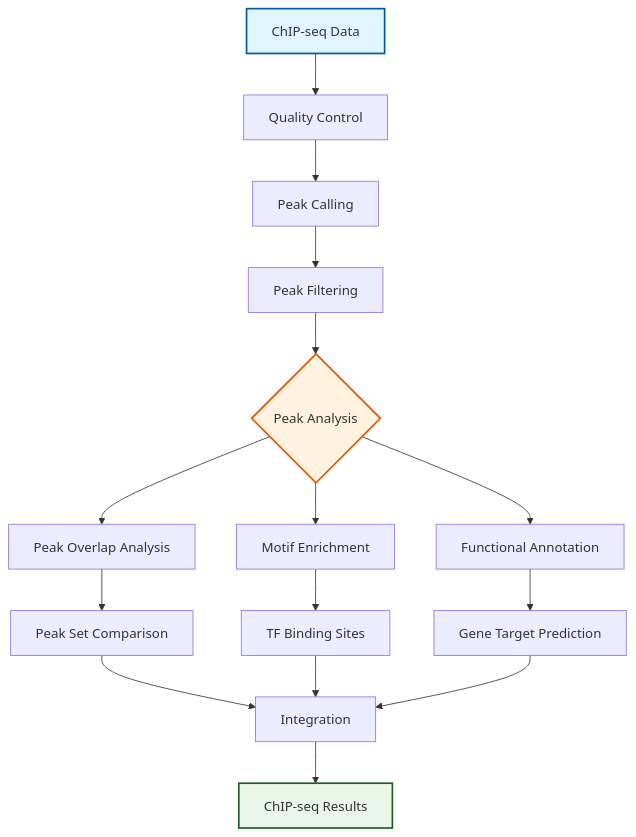
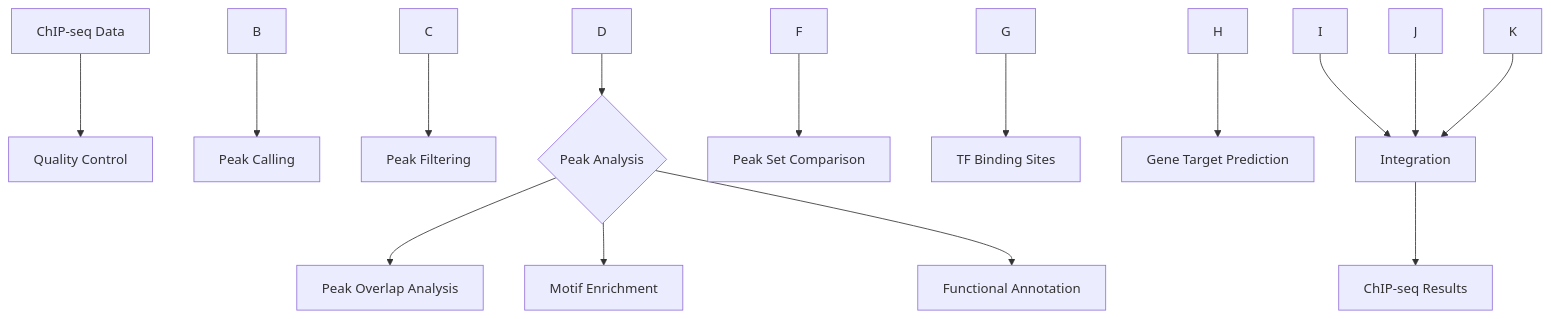
The fourth of 4 diagrams in src/metainformant/epigenome/README.md (docxology/MetaInformAnt), drawn with Mermaid before and after one commit. The commit also changed other lines of this file and 611 other files, not shown here.

````diff
--- a/src/metainformant/epigenome/README.md
+++ b/src/metainformant/epigenome/README.md
@@ -136,25 +130,22 @@
 ```mermaid
 graph TD
-    A[ChIP-seq Data] --> B[Quality Control]
-    B --> C[Peak Calling]
-    C --> D[Peak Filtering]
+    Achip-seqData[ChIP-seq Data] --> BqualityControl[Quality Control]
+    B --> CpeakCalling[Peak Calling]
+    C --> DpeakFiltering[Peak Filtering]
 
     D --> E{Peak Analysis}
-    E --> F[Peak Overlap Analysis]
-    E --> G[Motif Enrichment]
-    E --> H[Functional Annotation]
+    E --> FpeakOverlapAnalysis[Peak Overlap Analysis]
+    E --> GmotifEnrichment[Motif Enrichment]
+    E --> HfunctionalAnnotation[Functional Annotation]
 
-    F --> I[Peak Set Comparison]
-    G --> J[TF Binding Sites]
-    H --> K[Gene Target Prediction]
+    F --> IpeakSetComparison[Peak Set Comparison]
+    G --> JtfBindingSites[TF Binding Sites]
+    H --> KgeneTargetPrediction[Gene Target Prediction]
 
     I --> L[Integration]
     J --> L
     K --> L
 
-    L --> M[ChIP-seq Results]
+    L --> Mchip-seqResults[ChIP-seq Results]
 
-    style A fill:#e1f5fe,stroke:#01579b,stroke-width:2px
-    style E fill:#fff3e0,stroke:#e65100,stroke-width:2px
-    style M fill:#e8f5e8,stroke:#1b5e20,stroke-width:2px
 ```
````
